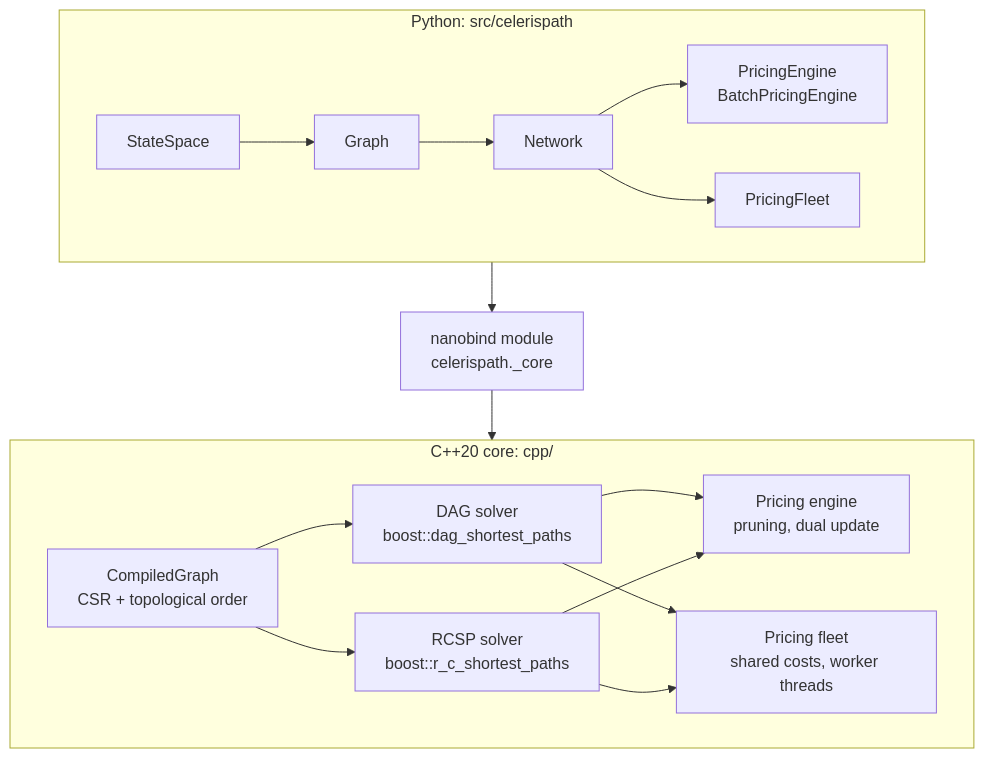
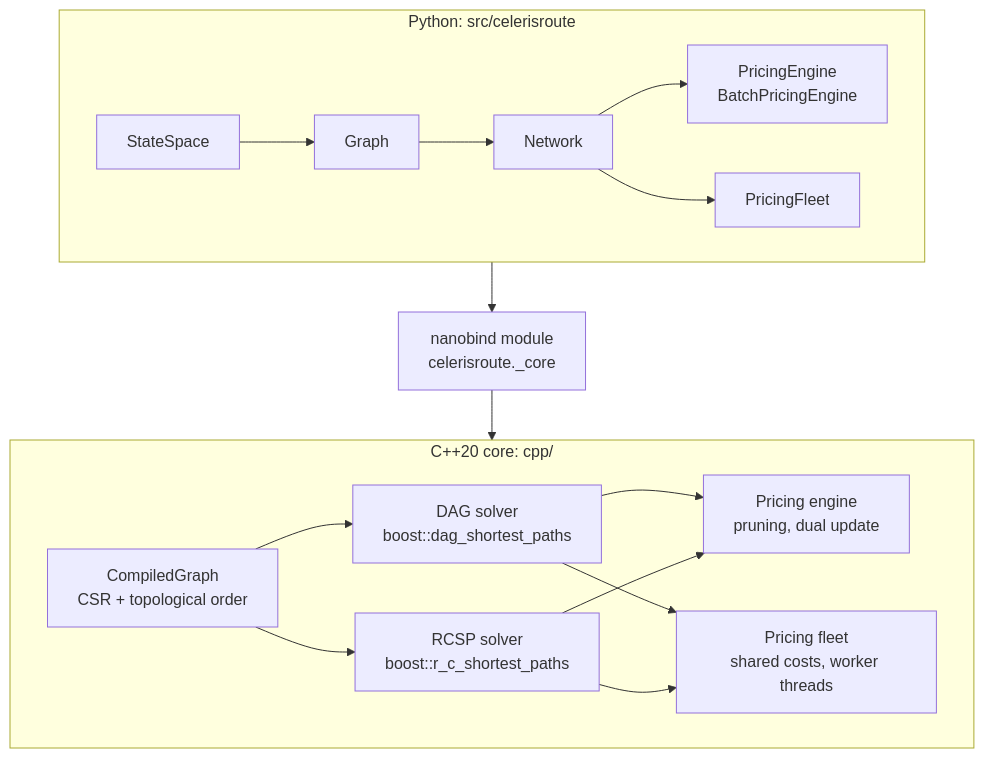
One commit to sharabhshukla/CelerisRoute changed the diagram in docs/concepts/architecture.md. Above: the diagram before and after it, drawn with Mermaid. The commit also changed other lines of this file and 80 other files, not shown here.

````diff
--- a/docs/concepts/architecture.md
+++ b/docs/concepts/architecture.md
@@ -7,21 +7,21 @@
 ```mermaid
 flowchart TB
-    subgraph py["Python: src/celerispath"]
+    subgraph py["Python: src/celerisroute"]
         direction LR
         S["StateSpace"] --> G["Graph"] --> NW["Network"]
         NW --> PE["PricingEngine<br/>BatchPricingEngine"]
         NW --> PF["PricingFleet"]
     end
-    B["nanobind module<br/>celerispath._core"]
+    B["nanobind module<br/>celerisroute._core"]
     subgraph cpp["C++20 core: cpp/"]
         direction LR
         CG["CompiledGraph<br/>CSR + topological order"]
         DAG["DAG solver<br/>boost::dag_shortest_paths"]
         RC["RCSP solver<br/>boost::r_c_shortest_paths"]
         ENG["Pricing engine<br/>pruning, dual update"]
         FL["Pricing fleet<br/>shared costs, worker threads"]
         CG --> DAG & RC
         DAG & RC --> ENG & FL
     end
     py --> B --> cpp
 ```
````
